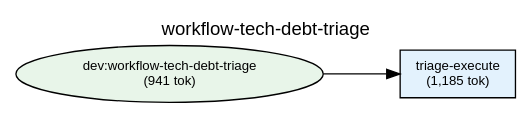
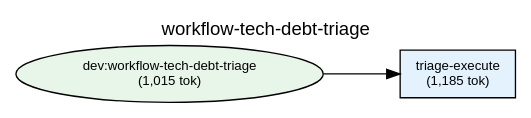
One commit to shuu5/twill changed the diagram in plugins/dev/docs/deps-workflow-tech-debt-triage.dot. Above: the diagram before and after it, drawn with Graphviz. The commit also changed 28 other files, not shown here.

```diff
--- a/plugins/dev/docs/deps-workflow-tech-debt-triage.dot
+++ b/plugins/dev/docs/deps-workflow-tech-debt-triage.dot
@@ -1,40 +1,40 @@
 digraph Dependencies {
     // Graph settings
     rankdir=LR;
     ranksep=0.8;
     nodesep=0.3;
     fontname="Helvetica";
     node [fontname="Helvetica", fontsize=10];
     edge [fontname="Helvetica", fontsize=9];
     label="workflow-tech-debt-triage";
     labelloc=t;
     fontsize=14;
 
     // L0: Controller Skills
 
     // L0: Launchers
 
     // L0.5: Workflow Skills
-    skill_workflow_tech_debt_triage [label="dev:workflow-tech-debt-triage\n(941 tok)", shape=ellipse, style=filled, fillcolor="#e8f5e9"];
+    skill_workflow_tech_debt_triage [label="dev:workflow-tech-debt-triage\n(1,015 tok)", shape=ellipse, style=filled, fillcolor="#e8f5e9"];
 
     // Reference Skills
 
     // L1: Direct Commands
     cmd_triage_execute [label="triage-execute\n(1,185 tok)", shape=box, style=filled, fillcolor="#e3f2fd"];
 
     // L2: Sub Commands
 
     // L3: Agents
 
     // L3.5: Scripts
 
     // L4: External
 
     // Layer constraints
     { rank=same; skill_workflow_tech_debt_triage; }
     { rank=same; cmd_triage_execute; }
 
     // Edges
     skill_workflow_tech_debt_triage -> cmd_triage_execute;
 
 }
```
